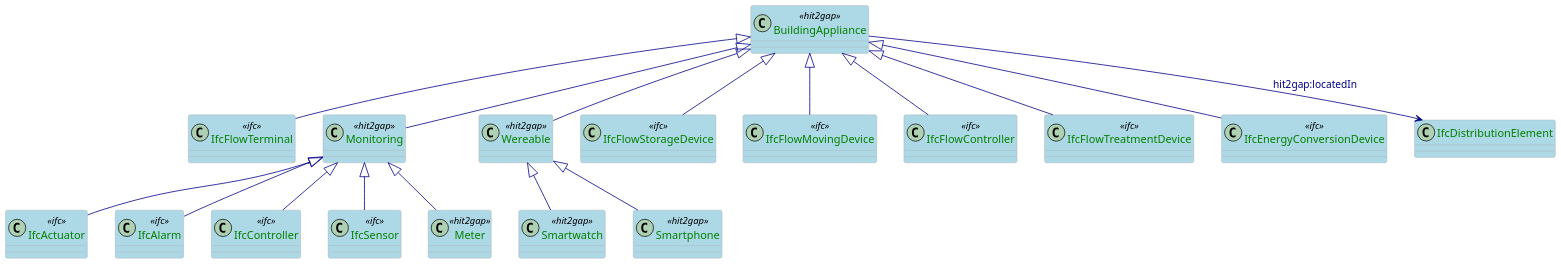
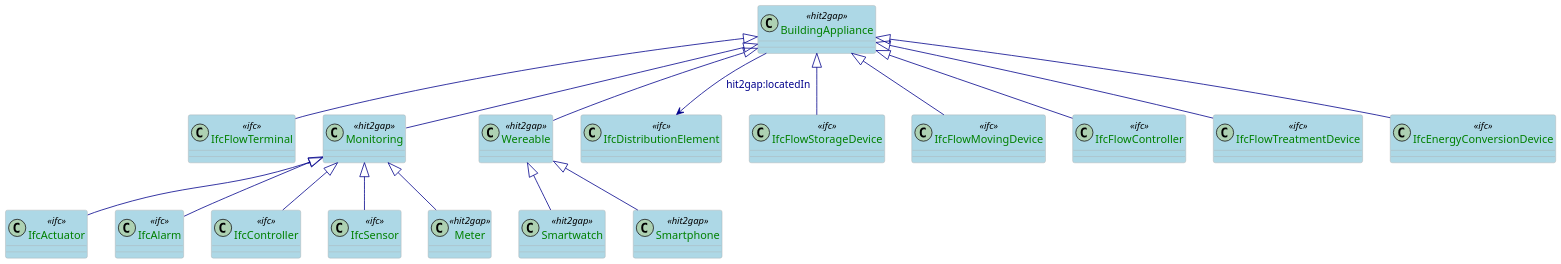
Before and after one commit to HIT2GAP-EU-PROJECT/BEMOnt: the diagram in docs/plantuml/BuildingAppliance.puml, drawn with PlantUML.

```diff
--- a/docs/plantuml/BuildingAppliance.puml
+++ b/docs/plantuml/BuildingAppliance.puml
@@ -1,56 +1,57 @@
 @startuml
 
 scale 0.5
 
 skinparam class {
   ArrowColor DarkBlue
   ArrowFontColor DarkBlue
   BackgroundColor LightBlue
   BorderColor DarkGrey
 }
 skinparam dpi 300
 skinparam stereotypeCBackgroundColor Wheat
 skinparam classAttributeFontColor  Green
 
 class BuildingAppliance <<hit2gap>>
 class IfcFlowTerminal <<ifc>>
 class Monitoring <<hit2gap>>
 class Wereable <<hit2gap>>
 class Smartwatch <<hit2gap>>
 class Smartphone <<hit2gap>>
 
 class IfcActuator <<ifc>>
 class IfcAlarm <<ifc>>
 class IfcController <<ifc>>
 class IfcSensor <<ifc>>
 class Meter <<hit2gap>>
 
+class IfcDistributionElement <<ifc>>
 class IfcFlowStorageDevice <<ifc>>
 class IfcFlowMovingDevice <<ifc>>
 class IfcFlowController <<ifc>>
 class IfcFlowTreatmentDevice <<ifc>>
 class IfcEnergyConversionDevice <<ifc>>
 
 
 BuildingAppliance <|-- IfcFlowTerminal
 BuildingAppliance <|-- Monitoring
 BuildingAppliance <|-- Wereable
 BuildingAppliance --> IfcDistributionElement: hit2gap:locatedIn
 BuildingAppliance <|-- IfcFlowStorageDevice
 BuildingAppliance <|-- IfcFlowMovingDevice
 BuildingAppliance <|-- IfcFlowController
 BuildingAppliance <|-- IfcFlowTreatmentDevice
 BuildingAppliance <|-- IfcEnergyConversionDevice
 
 Wereable <|-- Smartwatch
 Wereable <|-- Smartphone
 
 Monitoring <|-- IfcSensor
 Monitoring <|-- IfcActuator
 Monitoring <|-- IfcAlarm
 Monitoring <|-- IfcController
 Monitoring <|-- Meter
 
 
 
 @enduml
```
